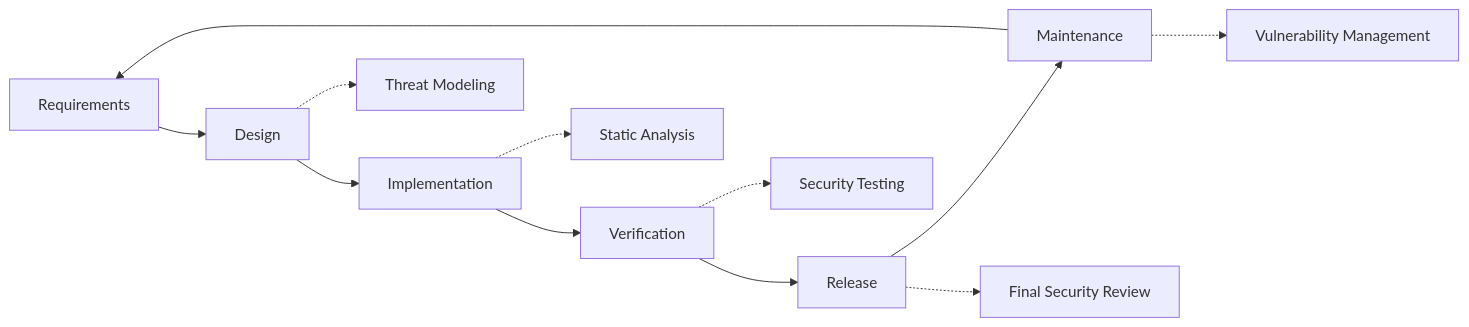
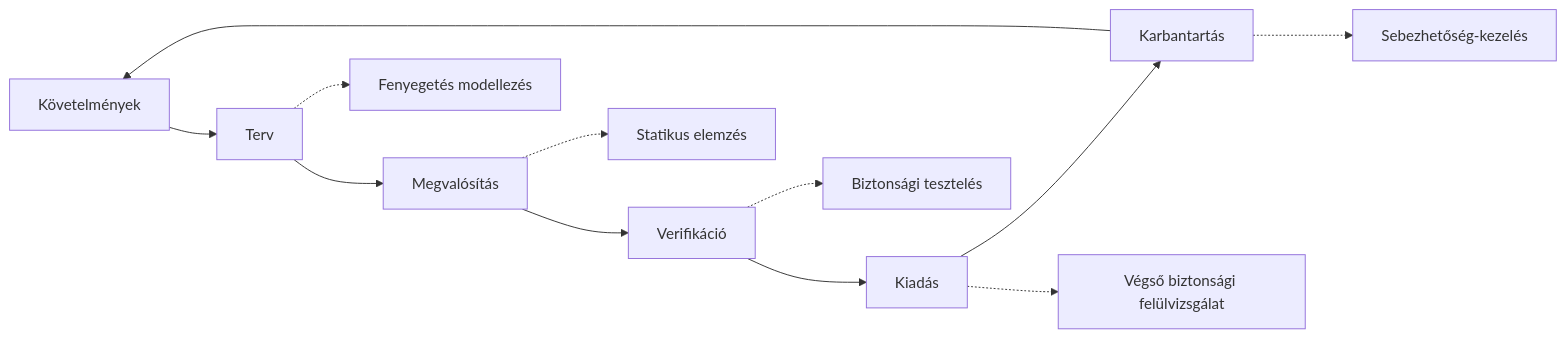
One commit to forwardemail/forwardemail.net changed the diagram in app/views/security/index-hu.md. Above: the diagram before and after it, drawn with Mermaid. The commit also changed other lines of this file and 1055 other files, not shown here.

````diff
--- a/app/views/security/index-hu.md
+++ b/app/views/security/index-hu.md
@@ -157,14 +165,14 @@
 ```mermaid
 flowchart LR
-    A[Requirements] --> B[Design]
-    B --> C[Implementation]
-    C --> D[Verification]
-    D --> E[Release]
-    E --> F[Maintenance]
+    A[Követelmények] --> B[Terv]
+    B --> C[Megvalósítás]
+    C --> D[Verifikáció]
+    D --> E[Kiadás]
+    E --> F[Karbantartás]
     F --> A
-    B -.-> G[Threat Modeling]
-    C -.-> H[Static Analysis]
-    D -.-> I[Security Testing]
-    E -.-> J[Final Security Review]
-    F -.-> K[Vulnerability Management]
+    B -.-> G[Fenyegetés modellezés]
+    C -.-> H[Statikus elemzés]
+    D -.-> I[Biztonsági tesztelés]
+    E -.-> J[Végső biztonsági felülvizsgálat]
+    F -.-> K[Sebezhetőség-kezelés]
 ```
````
